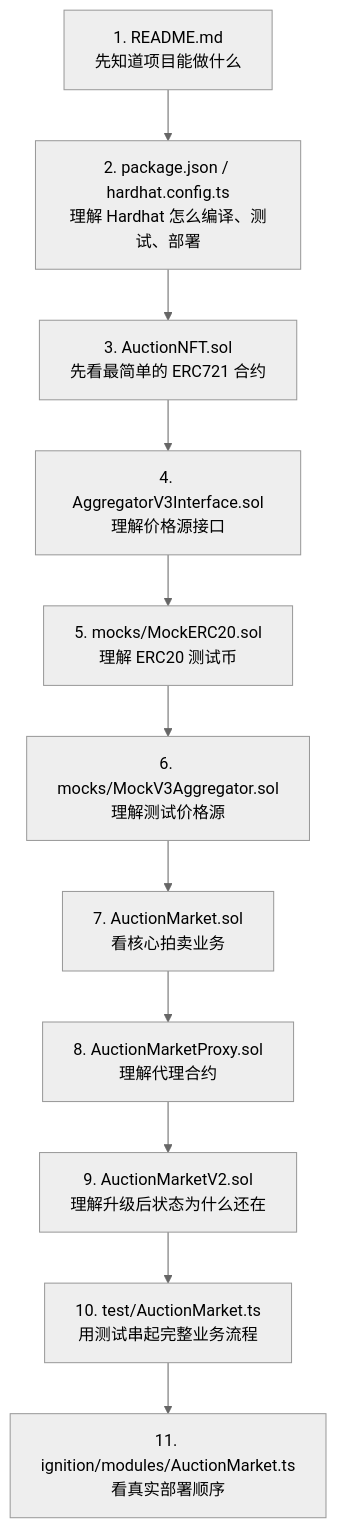
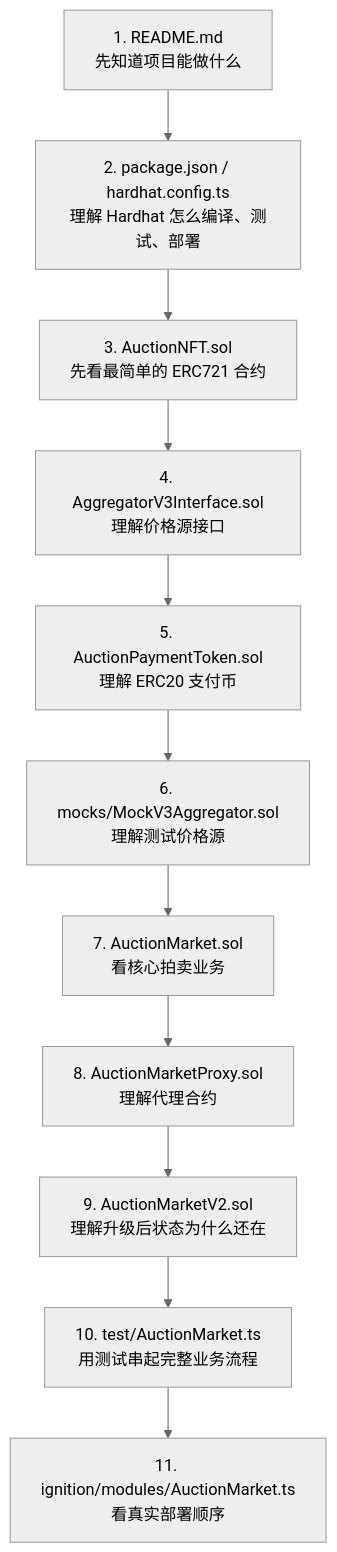
The first of 10 diagrams in nft-hardhat3-project/docs/NFT_AUCTION_MARKET_GUIDE.md (top3372/nft-aution-market-project), drawn with Mermaid (neutral theme) before and after one commit. The commit also changed other lines of this file and 120 other files, not shown here.

````diff
--- a/nft-hardhat3-project/docs/NFT_AUCTION_MARKET_GUIDE.md
+++ b/nft-hardhat3-project/docs/NFT_AUCTION_MARKET_GUIDE.md
@@ -65,13 +65,13 @@
 ```mermaid
 flowchart TD
   A["1. README.md\n先知道项目能做什么"] --> B["2. package.json / hardhat.config.ts\n理解 Hardhat 怎么编译、测试、部署"]
   B --> C["3. AuctionNFT.sol\n先看最简单的 ERC721 合约"]
   C --> D["4. AggregatorV3Interface.sol\n理解价格源接口"]
-  D --> E["5. mocks/MockERC20.sol\n理解 ERC20 测试币"]
+  D --> E["5. AuctionPaymentToken.sol\n理解 ERC20 支付币"]
   E --> F["6. mocks/MockV3Aggregator.sol\n理解测试价格源"]
   F --> G["7. AuctionMarket.sol\n看核心拍卖业务"]
   G --> H["8. AuctionMarketProxy.sol\n理解代理合约"]
   H --> I["9. AuctionMarketV2.sol\n理解升级后状态为什么还在"]
   I --> J["10. test/AuctionMarket.ts\n用测试串起完整业务流程"]
   J --> K["11. ignition/modules/AuctionMarket.ts\n看真实部署顺序"]
 ```
````
